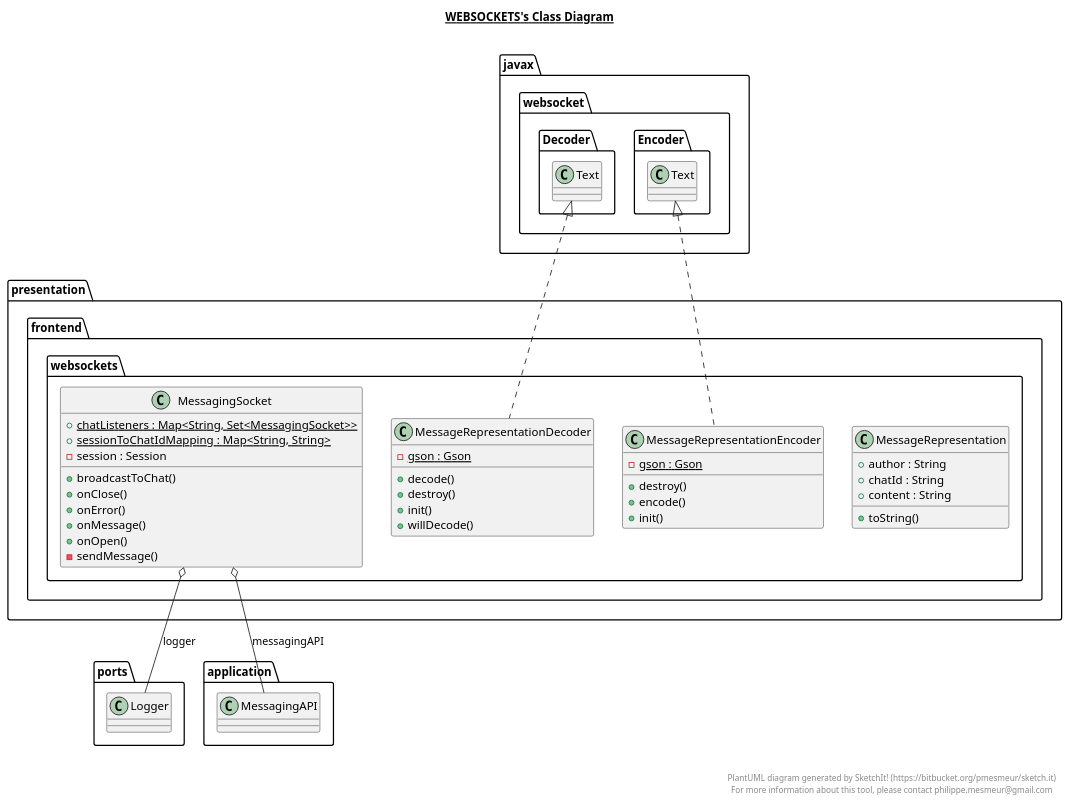
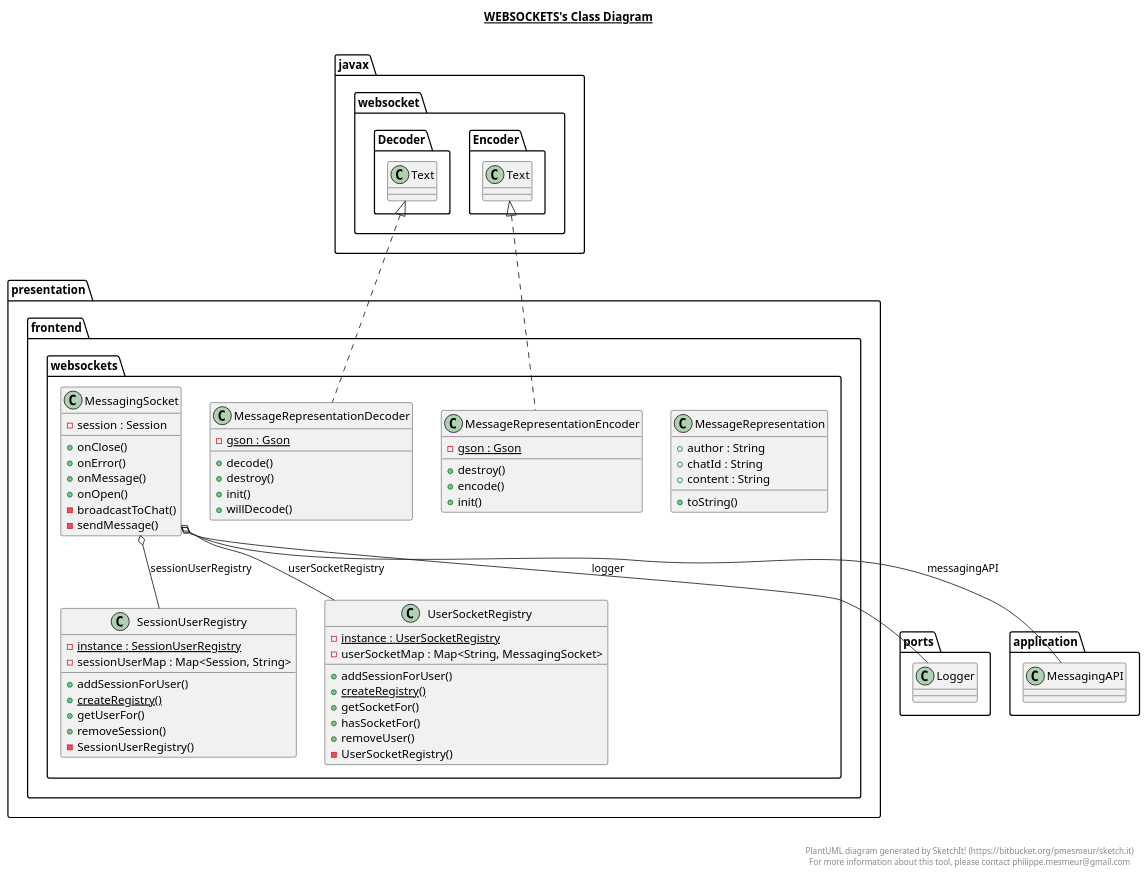
The diagram in messaging-api/src/main/java/presentation/frontend/websockets/websockets.plantuml (Hyphen133/Messanger), drawn with PlantUML before and after one commit. The commit also changed 9 other files, not shown here.

```diff
--- a/messaging-api/src/main/java/presentation/frontend/websockets/websockets.plantuml
+++ b/messaging-api/src/main/java/presentation/frontend/websockets/websockets.plantuml
@@ -1,80 +1,115 @@
 @startuml
 
 title __WEBSOCKETS's Class Diagram__\n
 
   namespace presentation {
     namespace frontend {
       namespace websockets {
         class presentation.frontend.websockets.MessageRepresentation {
             + author : String
             + chatId : String
             + content : String
             + toString()
         }
       }
     }
   }
   
 
   namespace presentation {
     namespace frontend {
       namespace websockets {
         class presentation.frontend.websockets.MessageRepresentationDecoder {
             {static} - gson : Gson
             + decode()
             + destroy()
             + init()
             + willDecode()
         }
       }
     }
   }
   
 
   namespace presentation {
     namespace frontend {
       namespace websockets {
         class presentation.frontend.websockets.MessageRepresentationEncoder {
             {static} - gson : Gson
             + destroy()
             + encode()
             + init()
         }
       }
     }
   }
   
 
   namespace presentation {
     namespace frontend {
       namespace websockets {
         class presentation.frontend.websockets.MessagingSocket {
-            {static} + chatListeners : Map<String, Set<MessagingSocket>>
-            {static} + sessionToChatIdMapping : Map<String, String>
             - session : Session
-            + broadcastToChat()
             + onClose()
             + onError()
             + onMessage()
             + onOpen()
+            - broadcastToChat()
             - sendMessage()
+        }
+      }
+    }
+  }
+  
+
+  namespace presentation {
+    namespace frontend {
+      namespace websockets {
+        class presentation.frontend.websockets.SessionUserRegistry {
+            {static} - instance : SessionUserRegistry
+            - sessionUserMap : Map<Session, String>
+            + addSessionForUser()
+            {static} + createRegistry()
+            + getUserFor()
+            + removeSession()
+            - SessionUserRegistry()
+        }
+      }
+    }
+  }
+  
+
+  namespace presentation {
+    namespace frontend {
+      namespace websockets {
+        class presentation.frontend.websockets.UserSocketRegistry {
+            {static} - instance : UserSocketRegistry
+            - userSocketMap : Map<String, MessagingSocket>
+            + addSessionForUser()
+            {static} + createRegistry()
+            + getSocketFor()
+            + hasSocketFor()
+            + removeUser()
+            - UserSocketRegistry()
         }
       }
     }
   }
   
 
   presentation.frontend.websockets.MessageRepresentationDecoder .up.|> javax.websocket.Decoder.Text
   presentation.frontend.websockets.MessageRepresentationEncoder .up.|> javax.websocket.Encoder.Text
   presentation.frontend.websockets.MessagingSocket o-- ports.Logger : logger
   presentation.frontend.websockets.MessagingSocket o-- application.MessagingAPI : messagingAPI
+  presentation.frontend.websockets.MessagingSocket o-- presentation.frontend.websockets.SessionUserRegistry : sessionUserRegistry
+  presentation.frontend.websockets.MessagingSocket o-- presentation.frontend.websockets.UserSocketRegistry : userSocketRegistry
 
 
 right footer
 
 
 PlantUML diagram generated by SketchIt! (https://bitbucket.org/pmesmeur/sketch.it)
 For more information about this tool, please contact philippe.mesmeur@gmail.com
 endfooter
 
 @enduml
```
